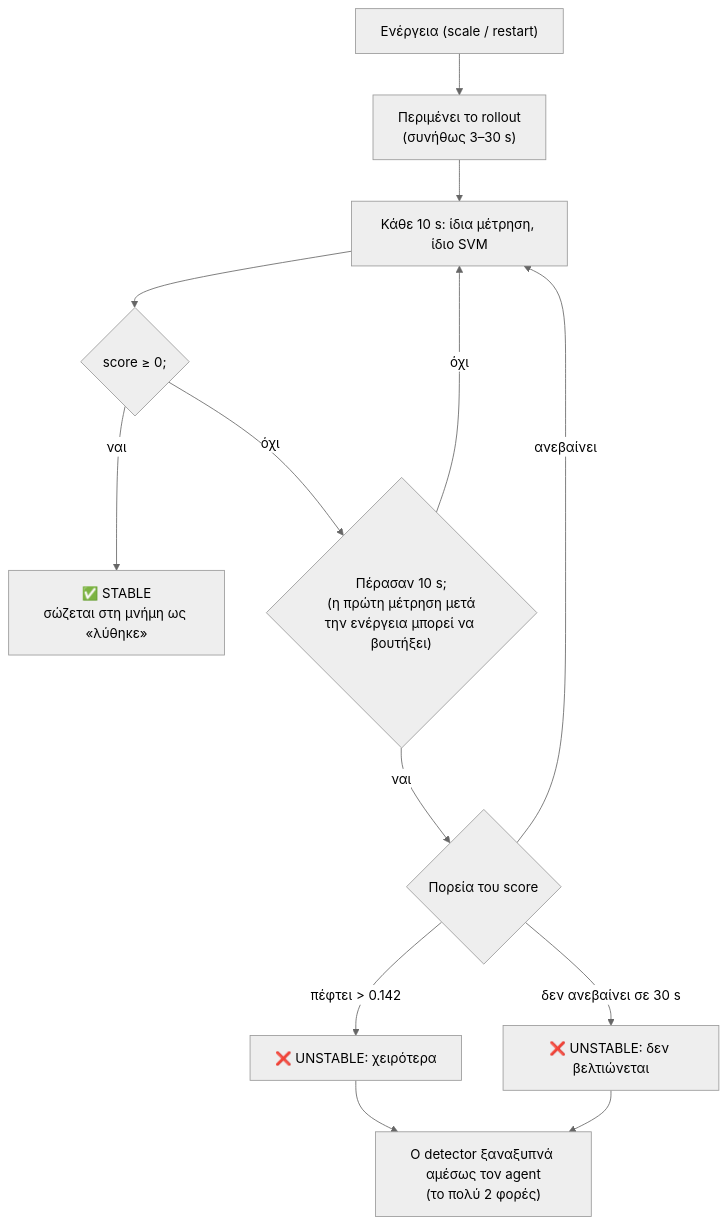
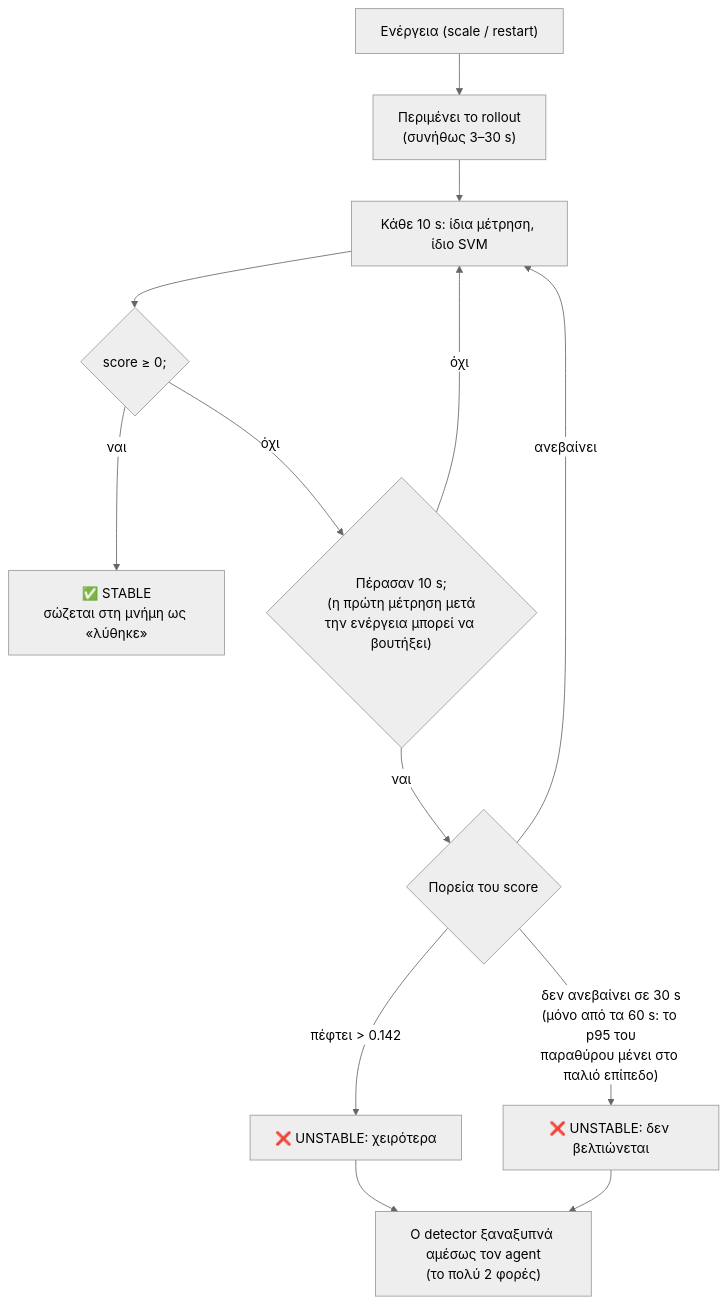
The fifth of 7 diagrams in thesis_notes/presentation.md (Ichalvatz/Autonomous-System-Resource-Management-Using-Multi-Agent-Systems), drawn with Mermaid (neutral theme) before and after one commit. The commit also changed 72 other files, not shown here.

````diff
--- a/thesis_notes/presentation.md
+++ b/thesis_notes/presentation.md
@@ -162,15 +162,15 @@
 ```mermaid
 flowchart TD
     A["Ενέργεια (scale / restart)"] --> RO["Περιμένει το rollout<br/>(συνήθως 3–30 s)"]
     RO --> M["Κάθε 10 s: ίδια μέτρηση, ίδιο SVM"]
     M --> H{"score ≥ 0;"}
     H -->|ναι| OK["✅ STABLE<br/>σώζεται στη μνήμη ως «λύθηκε»"]
     H -->|όχι| E{"Πέρασαν 10 s;<br/>(η πρώτη μέτρηση μετά<br/>την ενέργεια μπορεί να βουτήξει)"}
     E -->|όχι| M
     E -->|ναι| J{"Πορεία του score"}
     J -->|"πέφτει > 0.142"| UW["❌ UNSTABLE: χειρότερα"]
-    J -->|"δεν ανεβαίνει σε 30 s"| UN["❌ UNSTABLE: δεν βελτιώνεται"]
+    J -->|"δεν ανεβαίνει σε 30 s<br/>(μόνο από τα 60 s: το p95 του<br/>παραθύρου μένει στο παλιό επίπεδο)"| UN["❌ UNSTABLE: δεν βελτιώνεται"]
     J -->|"ανεβαίνει"| M
     UW --> RW["Ο detector ξαναξυπνά αμέσως τον agent<br/>(το πολύ 2 φορές)"]
     UN --> RW
 ```
````
